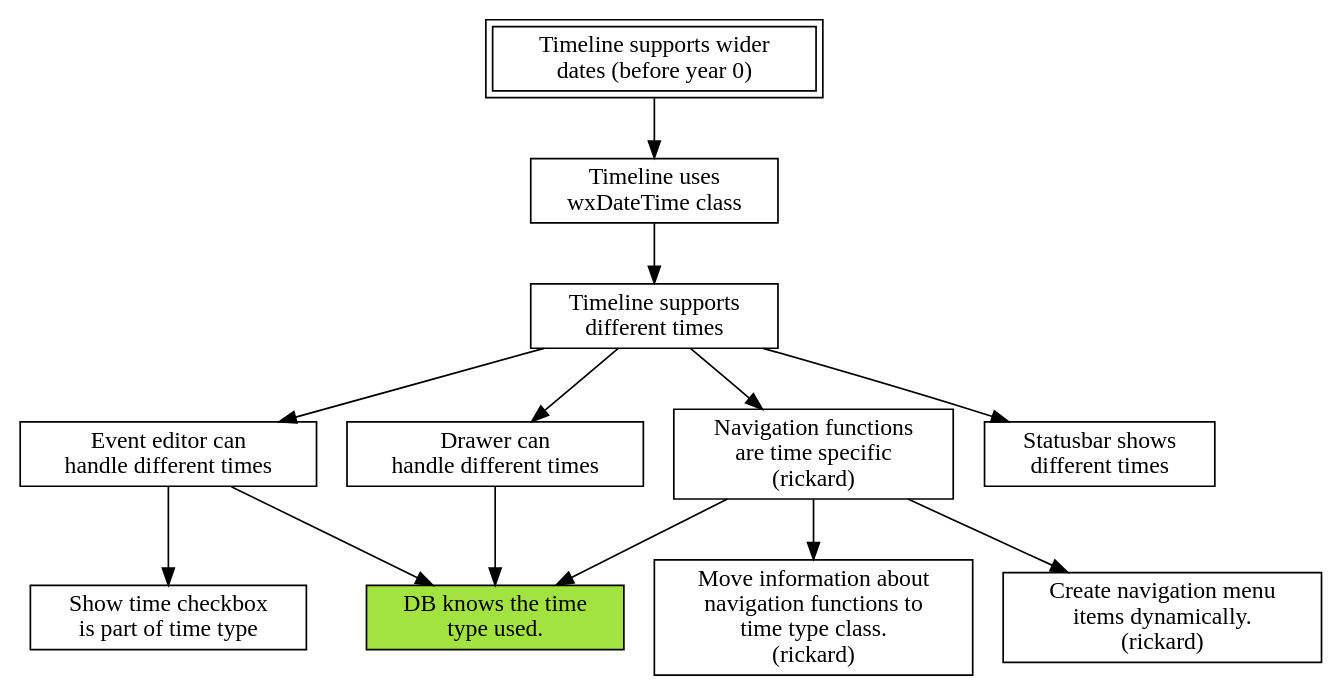
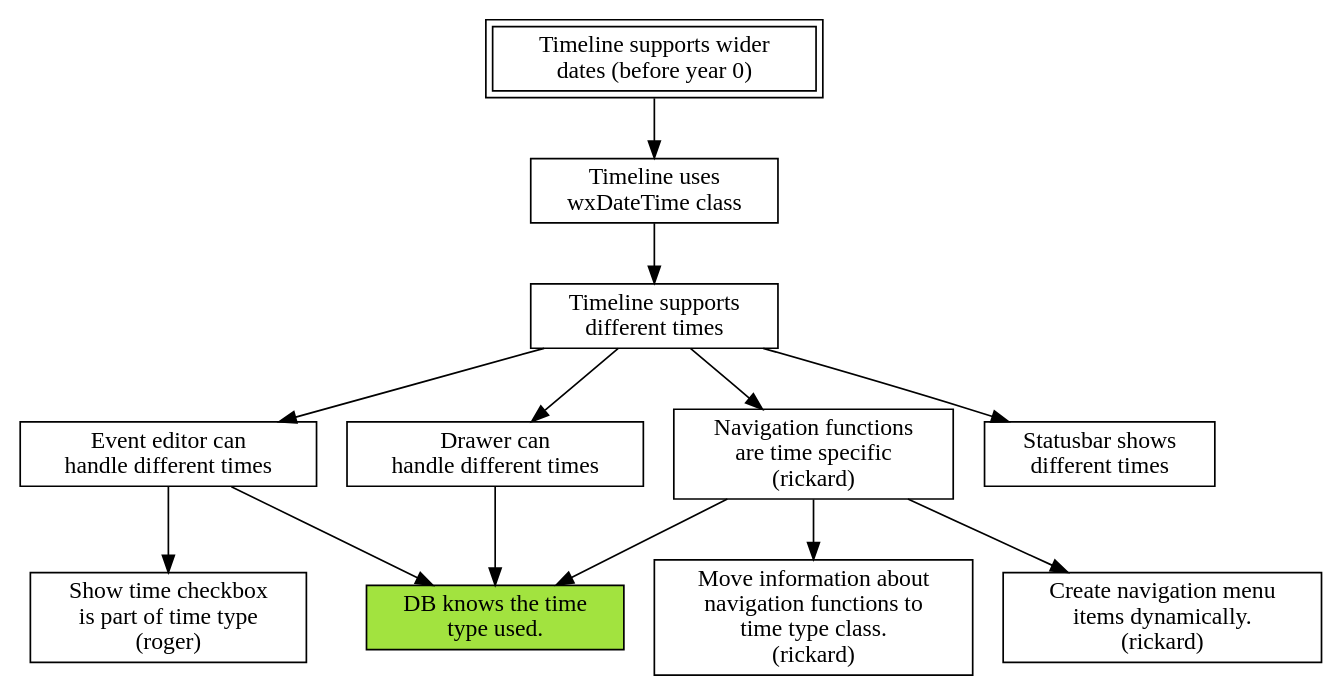
Before and after one commit to shutaozhenzhen/thetimelineproj: the diagram in mikado.dot, drawn with Graphviz.

Commit message:
Update mikado graph

```diff
--- a/mikado.dot
+++ b/mikado.dot
@@ -1,42 +1,42 @@
 digraph mikado
 {
     node [shape=box];
 
     wider_dates [label="Timeline supports wider\ndates (before year 0)"];
     wider_dates [peripheries=2];
         wider_dates -> switch_to_wx_time;
 
     switch_to_wx_time [label="Timeline uses\nwxDateTime class"];
         switch_to_wx_time -> different_time;
 
     different_time [label="Timeline supports\ndifferent times "];
         different_time -> event_editor;
         different_time -> drawer;
         different_time -> navigation;
         different_time -> status_bar;
 
     event_editor [label="Event editor can\nhandle different times"];
         event_editor -> show_time;
         event_editor -> db_has_type_info;
 
     drawer [label="Drawer can\nhandle different times"];
         drawer -> db_has_type_info;
 
     navigation [label="Navigation functions\nare time specific\n(rickard)"];
         navigation -> db_has_type_info;
         navigation -> move_nav_to_time_type;
         navigation -> create_menu_items_dynamically;
 
     status_bar [label="Statusbar shows\ndifferent times"];
 
     // Leaves
 
-    show_time [label="Show time checkbox\nis part of time type"];
+    show_time [label="Show time checkbox\nis part of time type\n(roger)"];
 
     db_has_type_info [label="DB knows the time\ntype used."];
     db_has_type_info [style=filled,fillcolor="#A2E33F"];
 
     move_nav_to_time_type [label="Move information about\nnavigation functions to\ntime type class.\n(rickard)"];
 
     create_menu_items_dynamically [label="Create navigation menu\nitems dynamically.\n(rickard)"];
 }
```
